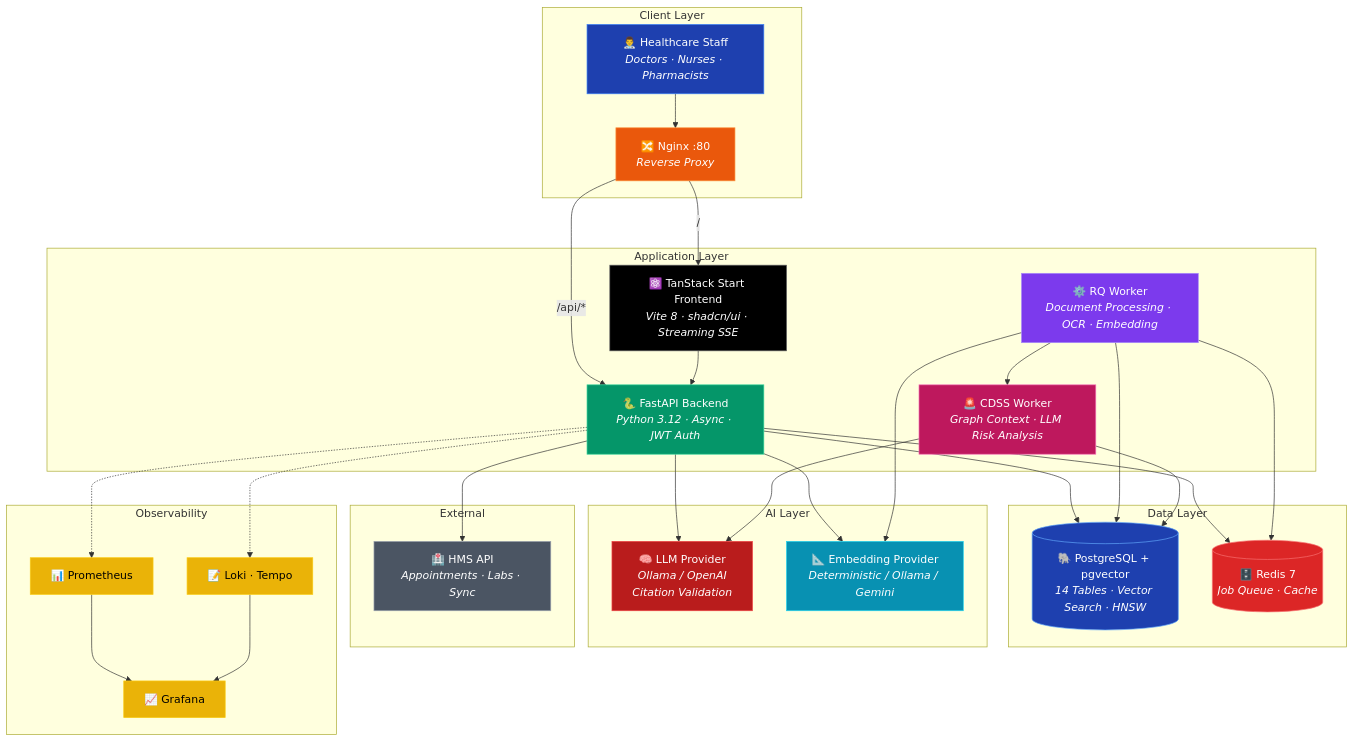
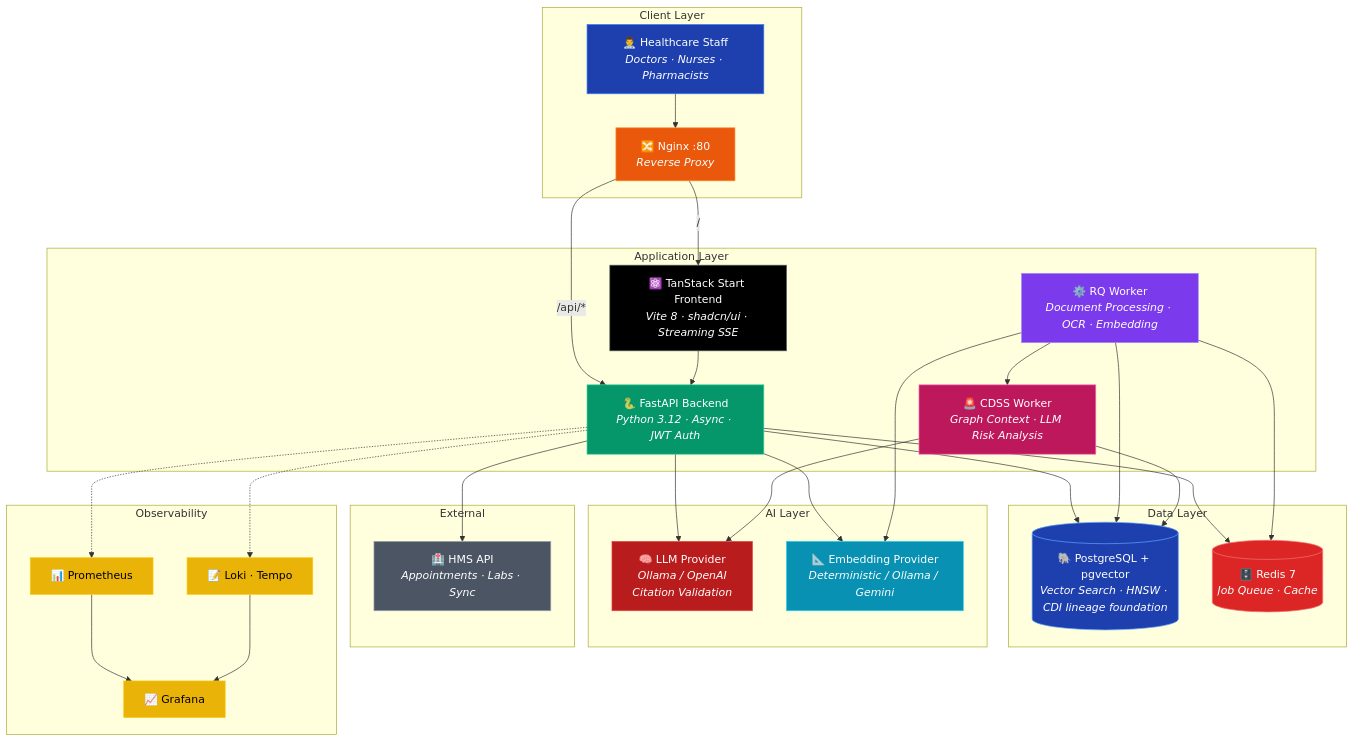
Before and after one commit to qwan30/chat-hospital-system: the first of 8 diagrams in README.md, drawn with Mermaid. The commit also changed other lines of this file and 7 other files, not shown here.

Commit message:
docs: document OCR chatbot and GraphRAG architectures

````diff
--- a/README.md
+++ b/README.md
@@ -60,66 +94,66 @@
 ```mermaid
 graph TB
     subgraph "Client Layer"
         U[👨‍⚕️ Healthcare Staff<br/><i>Doctors · Nurses · Pharmacists</i>]
         N[🔀 Nginx :80<br/><i>Reverse Proxy</i>]
     end
 
     subgraph "Application Layer"
         FE[⚛️ TanStack Start Frontend<br/><i>Vite 8 · shadcn/ui · Streaming SSE</i>]
         BE[🐍 FastAPI Backend<br/><i>Python 3.12 · Async · JWT Auth</i>]
         W[⚙️ RQ Worker<br/><i>Document Processing · OCR · Embedding</i>]
         CD[🚨 CDSS Worker<br/><i>Graph Context · LLM Risk Analysis</i>]
     end
 
     subgraph "Data Layer"
-        PG[("🐘 PostgreSQL + pgvector<br/><i>14 Tables · Vector Search · HNSW</i>")]
+        PG[("🐘 PostgreSQL + pgvector<br/><i>Vector Search · HNSW · CDI lineage foundation</i>")]
         RD[("🗄️ Redis 7<br/><i>Job Queue · Cache</i>")]
     end
 
     subgraph "AI Layer"
         LLM[🧠 LLM Provider<br/><i>Ollama / OpenAI<br/>Citation Validation</i>]
         EMB[📐 Embedding Provider<br/><i>Deterministic / Ollama / Gemini</i>]
     end
 
     subgraph "External"
         HMS[🏥 HMS API<br/><i>Appointments · Labs · Sync</i>]
     end
 
     subgraph "Observability"
         PR[📊 Prometheus] --> GF[📈 Grafana]
         LK[📝 Loki · Tempo] --> GF
     end
 
     U --> N
     N -->|"/api/*"| BE
     N -->|"/"| FE
     FE --> BE
     BE --> PG
     BE --> RD
     BE --> LLM
     BE --> EMB
     BE --> HMS
     W --> PG
     W --> RD
     W --> EMB
     W --> CD
     CD --> PG
     CD --> LLM
     BE -.-> PR
     BE -.-> LK
 
     style U fill:#1e40af,stroke:#3b82f6,color:#fff
     style N fill:#ea580c,stroke:#fb923c,color:#fff
     style FE fill:#000,stroke:#666,color:#fff
     style BE fill:#059669,stroke:#34d399,color:#fff
     style W fill:#7c3aed,stroke:#a78bfa,color:#fff
     style PG fill:#1e40af,stroke:#60a5fa,color:#fff
     style RD fill:#dc2626,stroke:#f87171,color:#fff
     style LLM fill:#b91c1c,stroke:#ef4444,color:#fff
     style EMB fill:#0891b2,stroke:#22d3ee,color:#fff
     style CD fill:#be185d,stroke:#f472b6,color:#fff
     style HMS fill:#4b5563,stroke:#9ca3af,color:#fff
     style PR fill:#eab308,stroke:#facc15,color:#000
     style GF fill:#eab308,stroke:#facc15,color:#000
     style LK fill:#eab308,stroke:#facc15,color:#000
 ```
````
